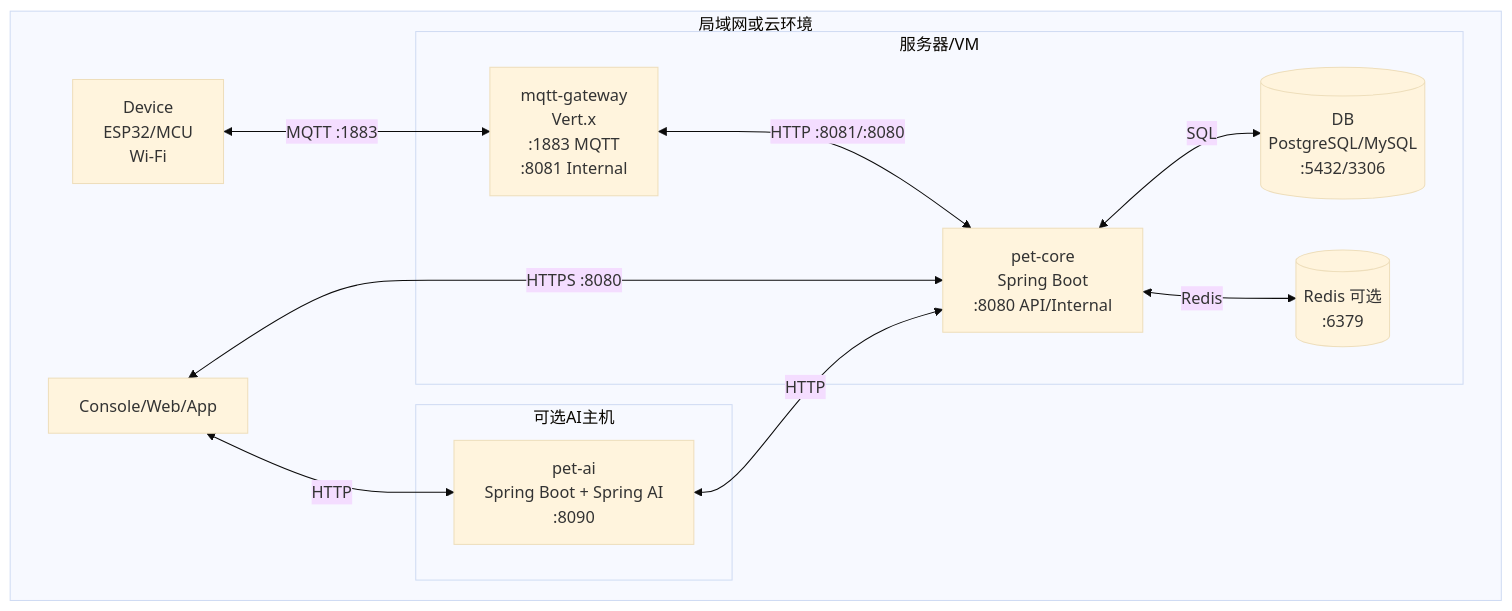
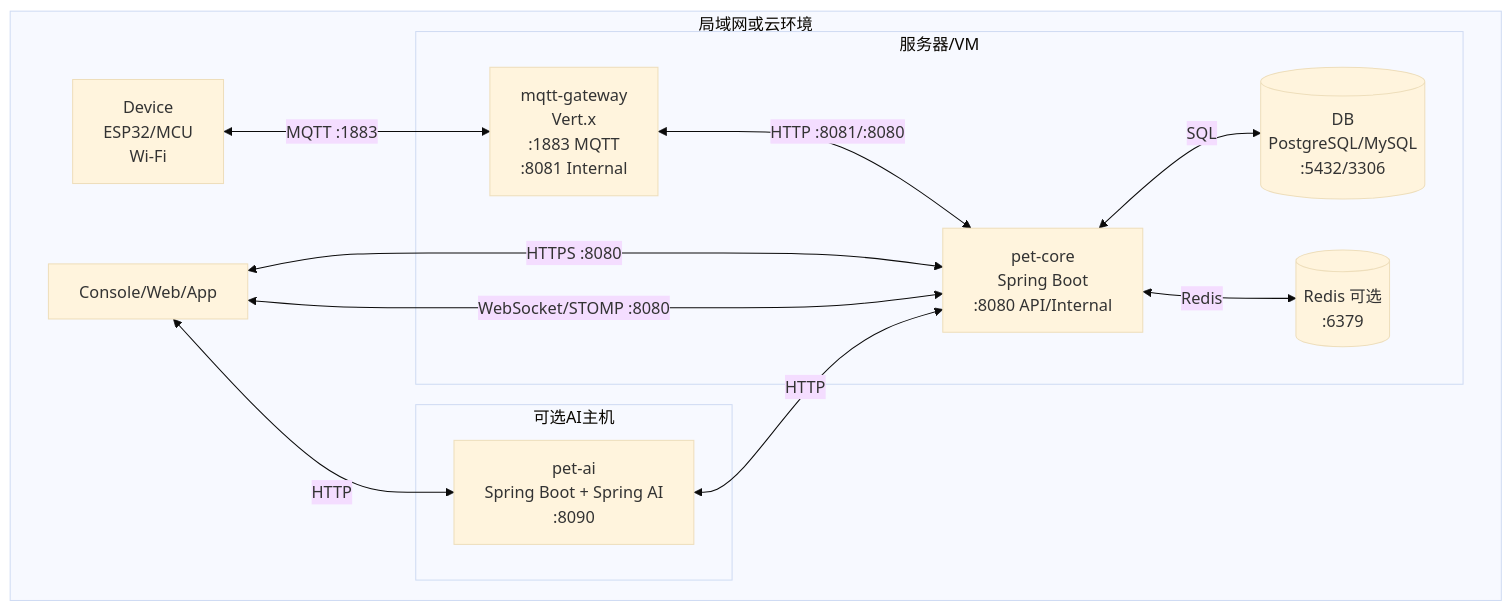
The second of 7 diagrams in doc/架构图.md (licn9901-arch/AiBot), drawn with Mermaid (base theme) before and after one commit. The commit also changed other lines of this file and 42 other files, not shown here.

First line of the commit message:
feat(core): V0.5 TimescaleDB 时序库集成 + WebSocket 实时推送

````diff
--- a/doc/架构图.md
+++ b/doc/架构图.md
@@ -63,26 +64,27 @@
 ```mermaid
 flowchart TB
   subgraph LANorCloud[局域网或云环境]
     subgraph Host1[服务器/VM]
       G[mqtt-gateway\nVert.x\n:1883 MQTT\n:8081 Internal]
       C[pet-core\nSpring Boot\n:8080 API/Internal]
       DB[(DB\nPostgreSQL/MySQL\n:5432/3306)]
       R[(Redis 可选\n:6379)]
     end
 
     subgraph Host2[可选AI主机]
       A[pet-ai\nSpring Boot + Spring AI\n:8090]
     end
 
     D[Device\nESP32/MCU\nWi-Fi]
     UI[Console/Web/App]
   end
 
   D <-- MQTT :1883 --> G
   UI <-- HTTPS :8080 --> C
+  UI <-- WebSocket/STOMP :8080 --> C
   G <-- HTTP :8081/:8080 --> C
   C <-- SQL --> DB
   C <-- Redis --> R
   A <-- HTTP --> C
   UI <-- HTTP --> A
 ```
````
